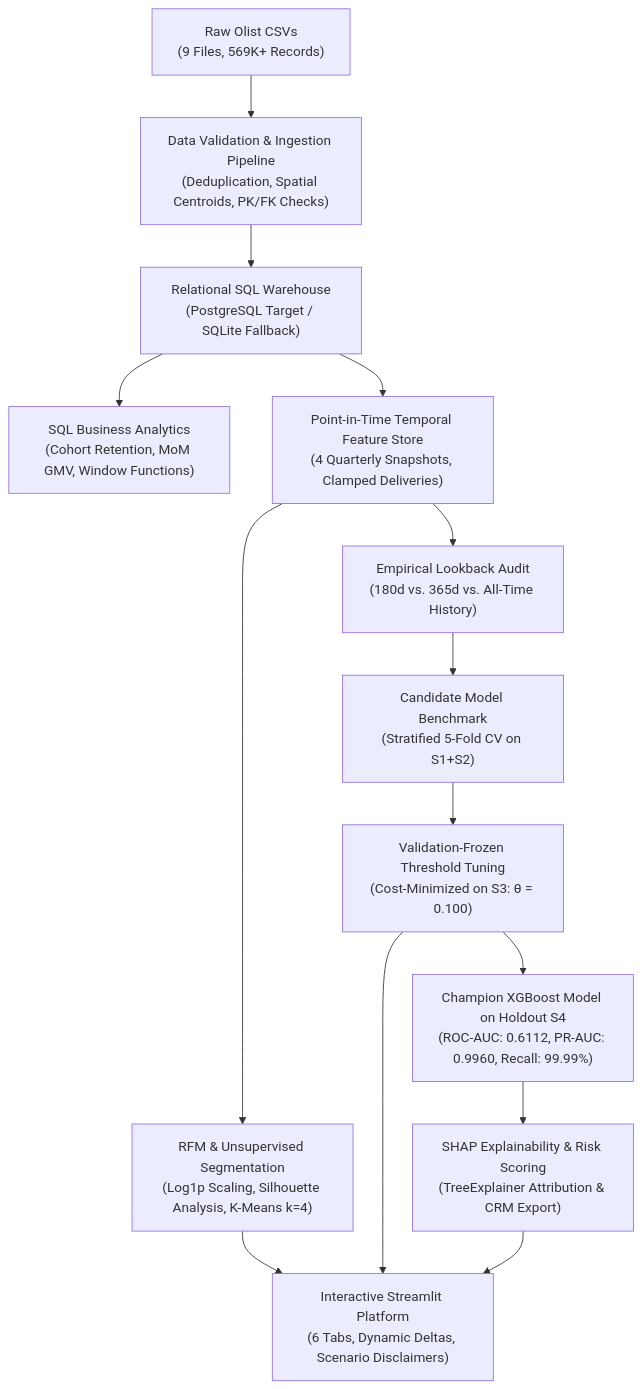
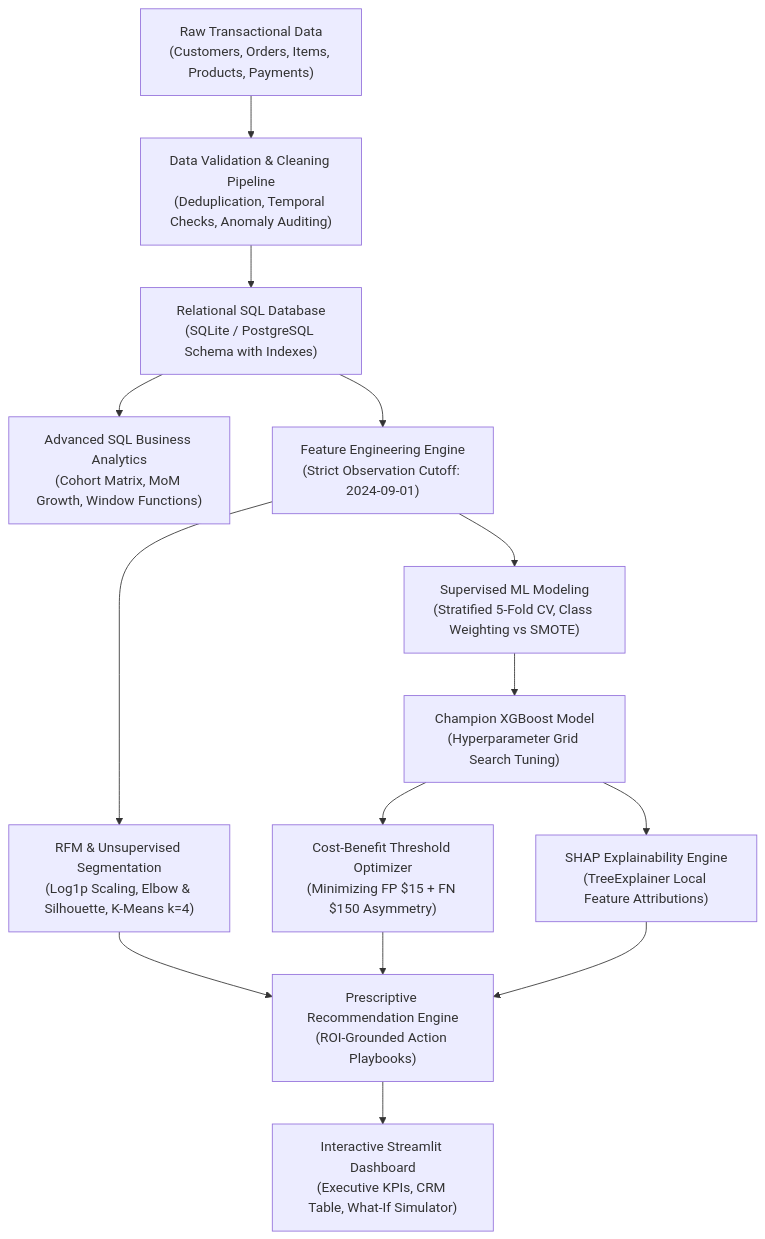
One commit to rachitgupt04/ecommerce-customer-intelligence-churn changed the first of 2 diagrams in README.md. Above: the diagram before and after it, drawn with Mermaid. The commit also changed other lines of this file and 3 other files, not shown here.

Commit message:
fix: align tests with canonical project architecture

````diff
--- a/README.md
+++ b/README.md
@@ -75,14 +76,14 @@
 ```mermaid
 flowchart TD
-    A["Raw Olist CSVs<br/>(9 Files, 569K+ Records)"] --> B["Data Validation & Ingestion Pipeline<br/>(Deduplication, Spatial Centroids, PK/FK Checks)"]
-    B --> C["Relational SQL Warehouse<br/>(PostgreSQL Target / SQLite Fallback)"]
-    C --> D["SQL Business Analytics<br/>(Cohort Retention, MoM GMV, Window Functions)"]
-    C --> E["Point-in-Time Temporal Feature Store<br/>(4 Quarterly Snapshots, Clamped Deliveries)"]
-    E --> F["RFM & Unsupervised Segmentation<br/>(Log1p Scaling, Silhouette Analysis, K-Means k=4)"]
-    E --> G["Empirical Lookback Audit<br/>(180d vs. 365d vs. All-Time History)"]
-    G --> H["Candidate Model Benchmark<br/>(Stratified 5-Fold CV on S1+S2)"]
-    H --> I["Validation-Frozen Threshold Tuning<br/>(Cost-Minimized on S3: θ = 0.100)"]
-    I --> J["Champion XGBoost Model on Holdout S4<br/>(ROC-AUC: 0.6112, PR-AUC: 0.9960, Recall: 99.99%)"]
-    J --> K["SHAP Explainability & Risk Scoring<br/>(TreeExplainer Attribution & CRM Export)"]
-    F & I & K --> L["Interactive Streamlit Platform<br/>(6 Tabs, Dynamic Deltas, Scenario Disclaimers)"]
+    A["Raw Transactional Data<br/>(Customers, Orders, Items, Products, Payments)"] --> B["Data Validation & Cleaning Pipeline<br/>(Deduplication, Temporal Checks, Anomaly Auditing)"]
+    B --> C["Relational SQL Database<br/>(SQLite / PostgreSQL Schema with Indexes)"]
+    C --> D["Advanced SQL Business Analytics<br/>(Cohort Matrix, MoM Growth, Window Functions)"]
+    C --> E["Feature Engineering Engine<br/>(Strict Observation Cutoff: 2024-09-01)"]
+    E --> F["RFM & Unsupervised Segmentation<br/>(Log1p Scaling, Elbow & Silhouette, K-Means k=4)"]
+    E --> G["Supervised ML Modeling<br/>(Stratified 5-Fold CV, Class Weighting vs SMOTE)"]
+    G --> H["Champion XGBoost Model<br/>(Hyperparameter Grid Search Tuning)"]
+    H --> I["Cost-Benefit Threshold Optimizer<br/>(Minimizing FP $15 + FN $150 Asymmetry)"]
+    H --> J["SHAP Explainability Engine<br/>(TreeExplainer Local Feature Attributions)"]
+    F & I & J --> K["Prescriptive Recommendation Engine<br/>(ROI-Grounded Action Playbooks)"]
+    K --> L["Interactive Streamlit Dashboard<br/>(Executive KPIs, CRM Table, What-If Simulator)"]
 ```
````
